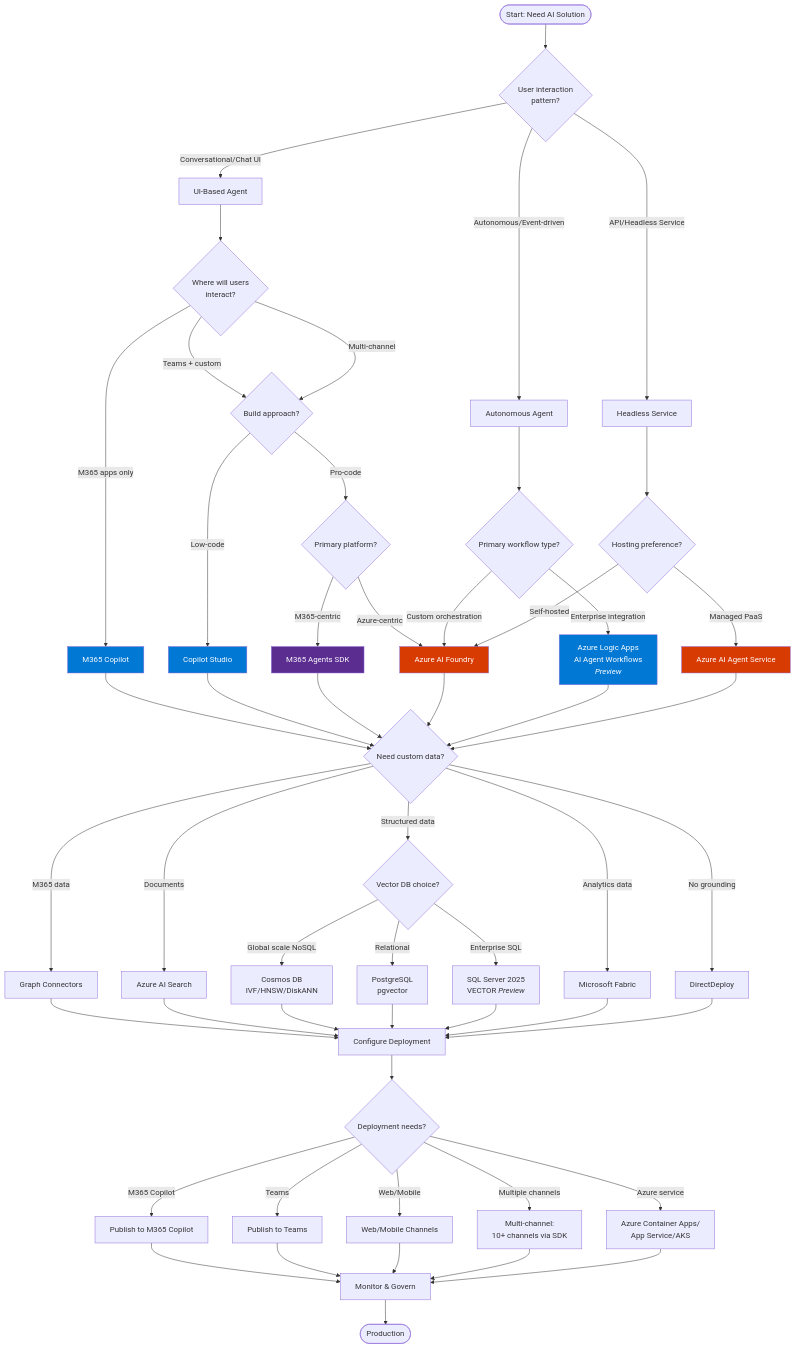
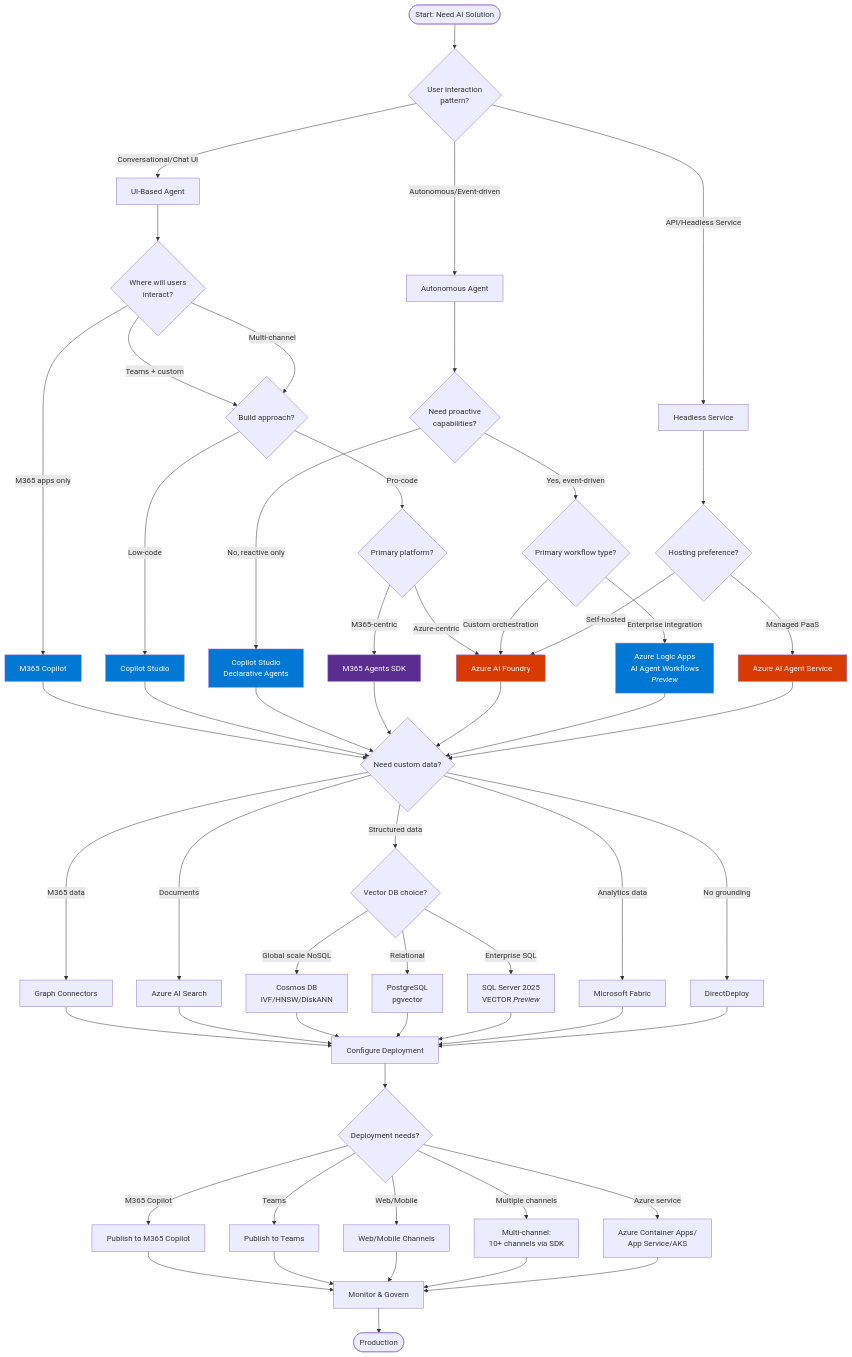
One commit to ChrisMcKee1/microsoft-ai-decision-tree changed the second of 9 diagrams in docs/visual-framework.md. Above: the diagram before and after it, drawn with Mermaid. The commit also changed other lines of this file and 9 other files, not shown here.

````diff
--- a/docs/visual-framework.md
+++ b/docs/visual-framework.md
@@ -97,74 +97,79 @@
 ```mermaid
 flowchart TD
     Start([Start: Need AI Solution]) --> Q1{User interaction<br/>pattern?}
     
     Q1 -->|Conversational/Chat UI| UI_Path[UI-Based Agent]
     Q1 -->|Autonomous/Event-driven| Auto_Path[Autonomous Agent]
     Q1 -->|API/Headless Service| API_Path[Headless Service]
     
     UI_Path --> Q2{Where will users<br/>interact?}
     Q2 -->|M365 apps only| M365[M365 Copilot]
     Q2 -->|Teams + custom| Q3{Build approach?}
     Q2 -->|Multi-channel| Q3
     
     Q3 -->|Low-code| Studio[Copilot Studio]
     Q3 -->|Pro-code| Q4{Primary platform?}
     
     Q4 -->|M365-centric| SDK[M365 Agents SDK]
     Q4 -->|Azure-centric| Foundry[Azure AI Foundry]
     
-    Auto_Path --> Q5{Primary workflow type?}
-    Q5 -->|Enterprise integration| LogicApps[Azure Logic Apps<br/>AI Agent Workflows<br/><i>Preview</i>]
-    Q5 -->|Custom orchestration| Foundry
+    Auto_Path --> Q5{Need proactive<br/>capabilities?}
+    Q5 -->|No, reactive only| Studio_Declarative[Copilot Studio<br/>Declarative Agents]
+    Q5 -->|Yes, event-driven| Q6{Primary workflow type?}
     
-    API_Path --> Q6{Hosting preference?}
-    Q6 -->|Managed PaaS| AgentService[Azure AI Agent Service]
-    Q6 -->|Self-hosted| Foundry
+    Q6 -->|Enterprise integration| LogicApps[Azure Logic Apps<br/>AI Agent Workflows<br/><i>Preview</i>]
+    Q6 -->|Custom orchestration| Foundry
+    
+    API_Path --> Q7{Hosting preference?}
+    Q7 -->|Managed PaaS| AgentService[Azure AI Agent Service]
+    Q7 -->|Self-hosted| Foundry
     
     M365 --> DataQ{Need custom data?}
     Studio --> DataQ
+    Studio_Declarative --> DataQ
     SDK --> DataQ
     Foundry --> DataQ
     LogicApps --> DataQ
     AgentService --> DataQ
     
     DataQ -->|M365 data| GraphConn[Graph Connectors]
     DataQ -->|Documents| AISearch[Azure AI Search]
     DataQ -->|Structured data| VectorDB{Vector DB choice?}
     DataQ -->|Analytics data| Fabric[Microsoft Fabric]
     DataQ -->|No grounding| DirectDeploy
     
     VectorDB -->|Global scale NoSQL| CosmosDB[Cosmos DB<br/>IVF/HNSW/DiskANN]
     VectorDB -->|Relational| PostgreSQL[PostgreSQL<br/>pgvector]
     VectorDB -->|Enterprise SQL| SQLServer[SQL Server 2025<br/>VECTOR <i>Preview</i>]
     
     GraphConn --> DeployConfig
     AISearch --> DeployConfig
     CosmosDB --> DeployConfig
     PostgreSQL --> DeployConfig
     SQLServer --> DeployConfig
     Fabric --> DeployConfig
     DirectDeploy --> DeployConfig
     
-    DeployConfig[Configure Deployment] --> Q7{Deployment needs?}
-    Q7 -->|M365 Copilot| Deploy_M365[Publish to M365 Copilot]
-    Q7 -->|Teams| Deploy_Teams[Publish to Teams]
-    Q7 -->|Web/Mobile| Deploy_Web[Web/Mobile Channels]
-    Q7 -->|Multiple channels| Deploy_Multi[Multi-channel:<br/>10+ channels via SDK]
-    Q7 -->|Azure service| Deploy_Azure[Azure Container Apps/<br/>App Service/AKS]
+    DeployConfig[Configure Deployment] --> Q8{Deployment needs?}
+    Q8 -->|M365 Copilot| Deploy_M365[Publish to M365 Copilot]
+    Q8 -->|Teams| Deploy_Teams[Publish to Teams]
+    Q8 -->|Web/Mobile| Deploy_Web[Web/Mobile Channels]
+    Q8 -->|Multiple channels| Deploy_Multi[Multi-channel:<br/>10+ channels via SDK]
+    Q8 -->|Azure service| Deploy_Azure[Azure Container Apps/<br/>App Service/AKS]
     
     Deploy_M365 --> Monitor[Monitor & Govern]
     Deploy_Teams --> Monitor
     Deploy_Web --> Monitor
     Deploy_Multi --> Monitor
     Deploy_Azure --> Monitor
     
     Monitor --> End([Production])
     
     style M365 fill:#0078D4,color:#fff
     style Studio fill:#0078D4,color:#fff
+    style Studio_Declarative fill:#0078D4,color:#fff
     style SDK fill:#5C2D91,color:#fff
     style Foundry fill:#D83B01,color:#fff
     style LogicApps fill:#0078D4,color:#fff
     style AgentService fill:#D83B01,color:#fff
 ```
````
